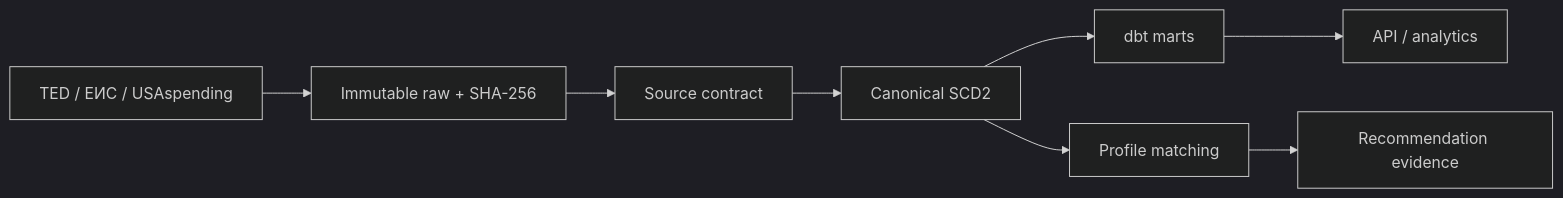
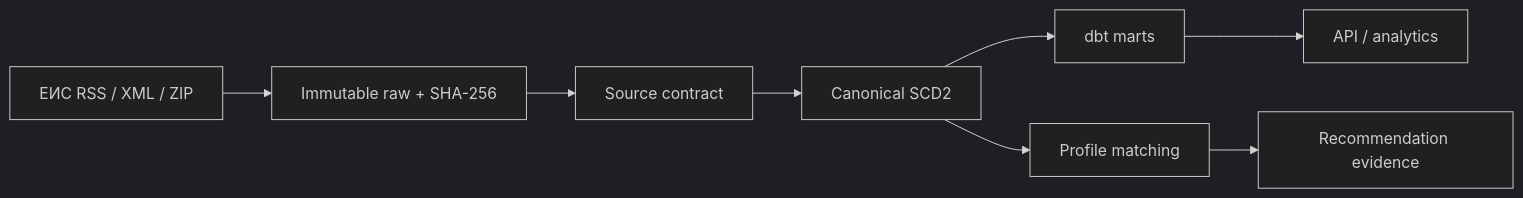
The diagram in docs/DATA.md (TBWTK/TenderPulse), drawn with Mermaid (dark theme) before and after one commit. The commit also changed other lines of this file and 58 other files, not shown here.

````diff
--- a/docs/DATA.md
+++ b/docs/DATA.md
@@ -94,7 +95,7 @@
 ```mermaid
 flowchart LR
-  Source["TED / ЕИС / USAspending"] --> Raw["Immutable raw + SHA-256"]
+  Source["ЕИС RSS / XML / ZIP"] --> Raw["Immutable raw + SHA-256"]
   Raw --> Contract["Source contract"] --> Canonical["Canonical SCD2"]
   Canonical --> DBT["dbt marts"] --> API["API / analytics"]
   Canonical --> Matcher["Profile matching"] --> Evidence["Recommendation evidence"]
 ```
````
